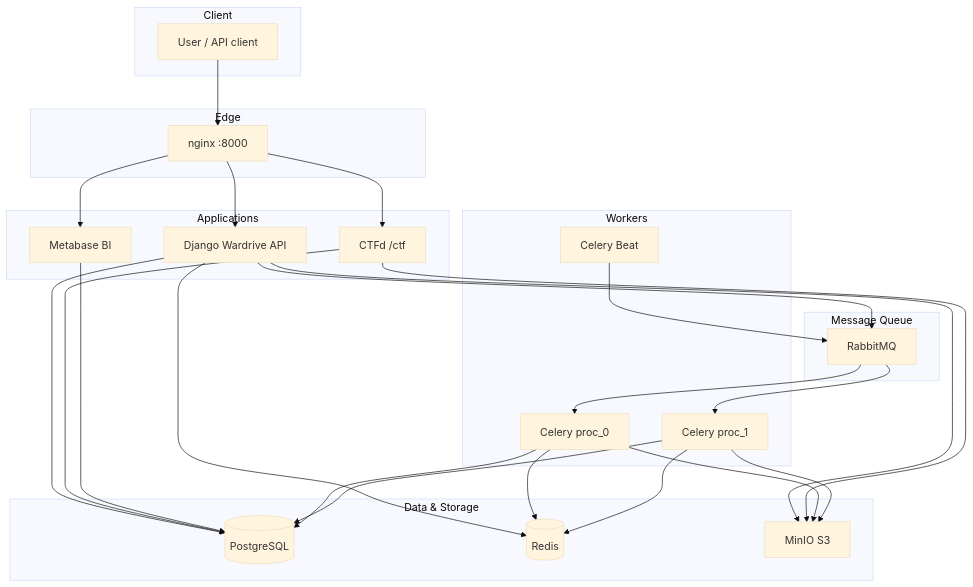
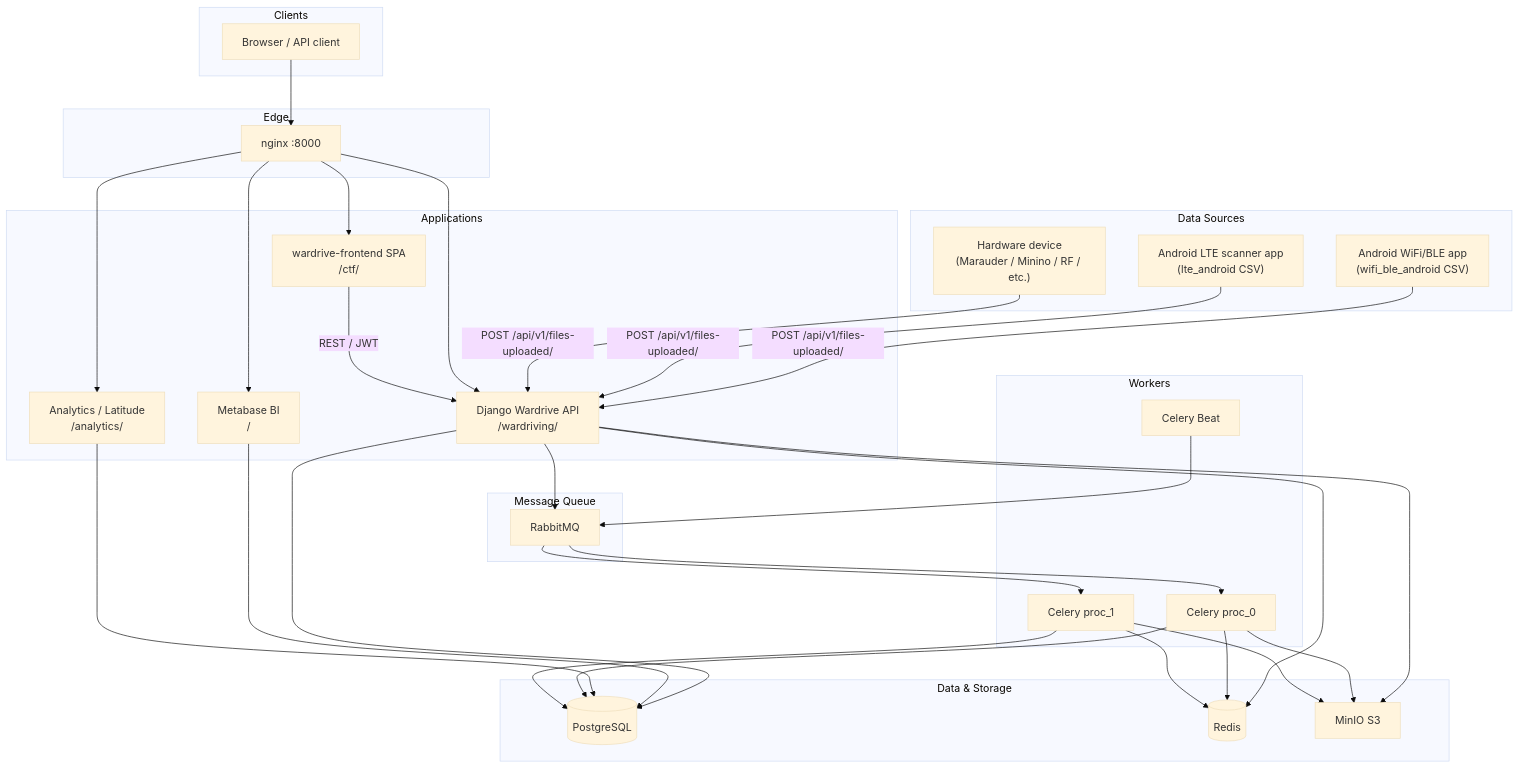
Before and after one commit to d3vko/wardriving_platform: the diagram in README.md, drawn with Mermaid (base theme). The commit also changed other lines of this file and 6 other files, not shown here.

Commit message:
feat: Add Android sideproject vibecode app

````diff
--- a/README.md
+++ b/README.md
@@ -11,58 +11,70 @@
 ```mermaid
 flowchart TB
-  subgraph "Client"
-    User[User / API client]
+  subgraph Sources["Data Sources"]
+    AndroidWifi["Android WiFi/BLE app\n(wifi_ble_android CSV)"]
+    AndroidLTE["Android LTE scanner app\n(lte_android CSV)"]
+    HWDevice["Hardware device\n(Marauder / Minino / RF / etc.)"]
   end
 
-  subgraph "Edge"
-    Nginx[nginx :8000]
+  subgraph Clients["Clients"]
+    Browser["Browser / API client"]
   end
 
-  subgraph "Applications"
-    Wardrive[Django Wardrive API]
-    CTFd[CTFd /ctf]
-    Metabase[Metabase BI]
+  subgraph Edge["Edge"]
+    Nginx["nginx :8000"]
   end
 
-  subgraph "Data & Storage"
-    PG[(PostgreSQL)]
-    Redis[(Redis)]
-    MinIO[MinIO S3]
+  subgraph Applications["Applications"]
+    Wardrive["Django Wardrive API\n/wardriving/"]
+    Frontend["wardrive-frontend SPA\n/ctf/"]
+    Metabase["Metabase BI\n/"]
+    Analytics["Analytics / Latitude\n/analytics/"]
   end
 
-  subgraph "Message Queue"
-    RabbitMQ[RabbitMQ]
+  subgraph Storage["Data & Storage"]
+    PG[("PostgreSQL")]
+    Redis[("Redis")]
+    MinIO["MinIO S3"]
   end
 
-  subgraph "Workers"
-    Celery0[Celery proc_0]
-    Celery1[Celery proc_1]
-    Beat[Celery Beat]
+  subgraph Queue["Message Queue"]
+    RabbitMQ["RabbitMQ"]
   end
 
-  User --> Nginx
+  subgraph Workers["Workers"]
+    Celery0["Celery proc_0"]
+    Celery1["Celery proc_1"]
+    Beat["Celery Beat"]
+  end
+
+  AndroidWifi -->|"POST /api/v1/files-uploaded/"| Wardrive
+  AndroidLTE -->|"POST /api/v1/files-uploaded/"| Wardrive
+  HWDevice -->|"POST /api/v1/files-uploaded/"| Wardrive
+
+  Browser --> Nginx
   Nginx --> Wardrive
-  Nginx --> CTFd
+  Nginx --> Frontend
   Nginx --> Metabase
+  Nginx --> Analytics
+
+  Frontend -->|"REST / JWT"| Wardrive
 
   Wardrive --> PG
   Wardrive --> MinIO
   Wardrive --> RabbitMQ
   Wardrive --> Redis
 
-  CTFd --> PG
-  CTFd --> MinIO
-
   Metabase --> PG
+  Analytics --> PG
 
   RabbitMQ --> Celery0
   RabbitMQ --> Celery1
   Beat --> RabbitMQ
 
   Celery0 --> PG
   Celery0 --> MinIO
   Celery0 --> Redis
   Celery1 --> PG
   Celery1 --> MinIO
   Celery1 --> Redis
 ```
````
